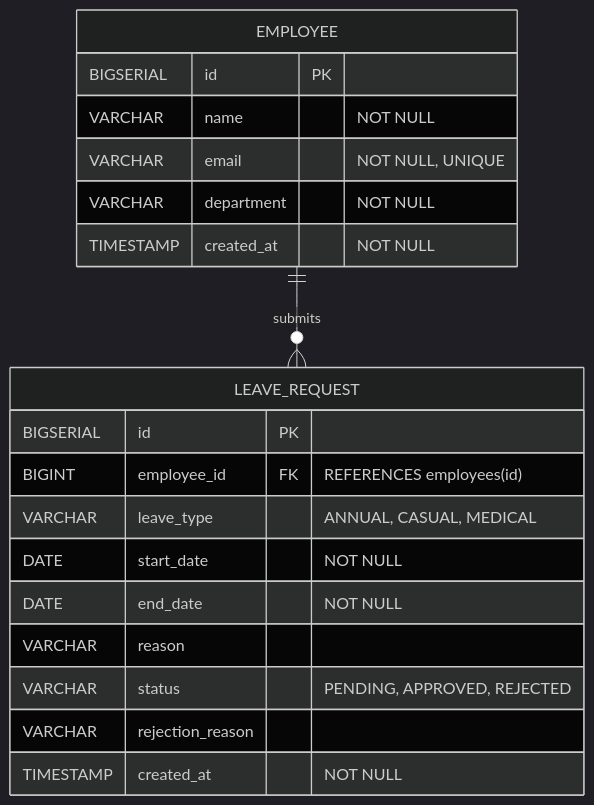
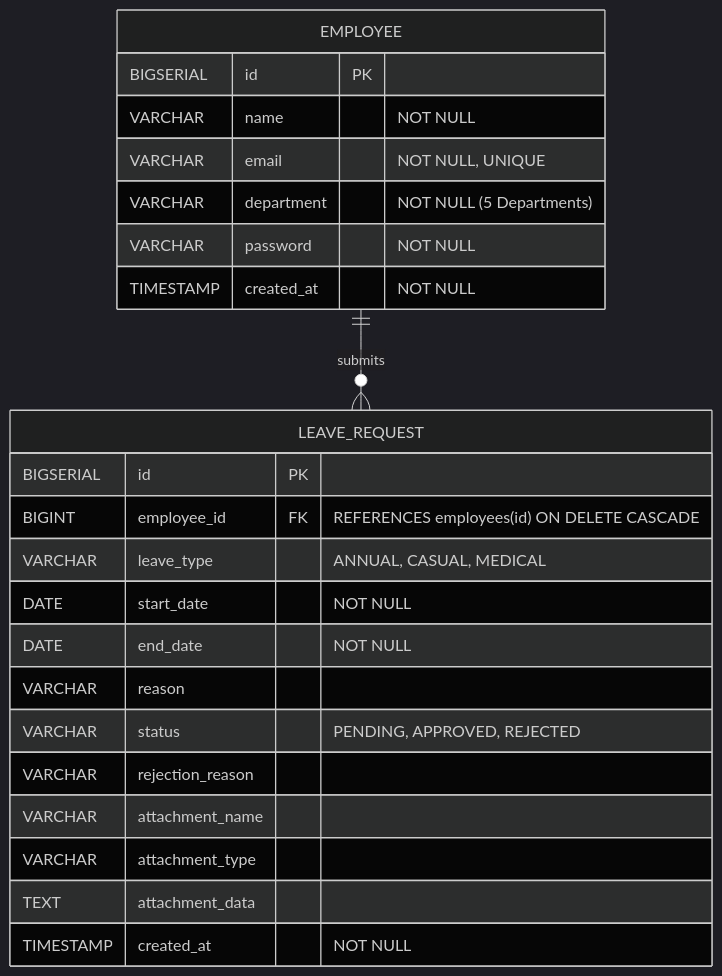
Before and after one commit to deshan2004/intern-leave-management-assignment: the second of 2 diagrams in README.md, drawn with Mermaid (dark theme). The commit also changed other lines of this file and 1 other file, not shown here.

Commit message:
docs: sync README and SQL schema with PostgreSQL, attachment support, and technical defense

````diff
--- a/README.md
+++ b/README.md
@@ -68,22 +68,26 @@
 ```mermaid
 erDiagram
     EMPLOYEE ||--o{ LEAVE_REQUEST : "submits"
     EMPLOYEE {
         BIGSERIAL id PK
         VARCHAR name "NOT NULL"
         VARCHAR email "NOT NULL, UNIQUE"
-        VARCHAR department "NOT NULL"
+        VARCHAR department "NOT NULL (5 Departments)"
+        VARCHAR password "NOT NULL"
         TIMESTAMP created_at "NOT NULL"
     }
     LEAVE_REQUEST {
         BIGSERIAL id PK
-        BIGINT employee_id FK "REFERENCES employees(id)"
+        BIGINT employee_id FK "REFERENCES employees(id) ON DELETE CASCADE"
         VARCHAR leave_type "ANNUAL, CASUAL, MEDICAL"
         DATE start_date "NOT NULL"
         DATE end_date "NOT NULL"
         VARCHAR reason
         VARCHAR status "PENDING, APPROVED, REJECTED"
         VARCHAR rejection_reason
+        VARCHAR attachment_name
+        VARCHAR attachment_type
+        TEXT attachment_data
         TIMESTAMP created_at "NOT NULL"
     }
 ```
````
